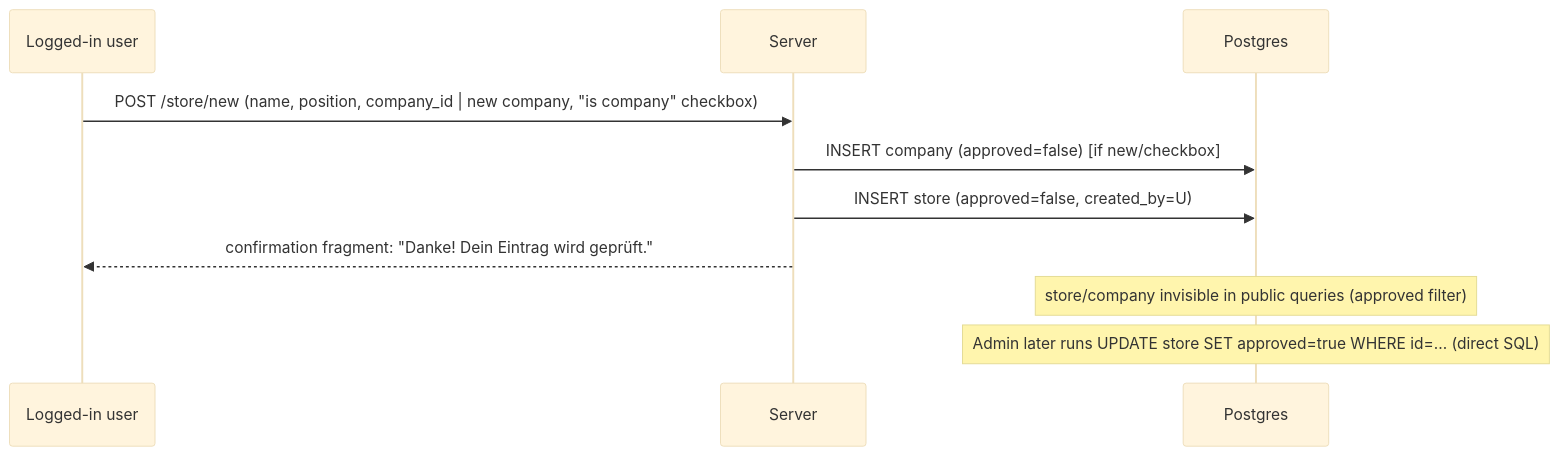
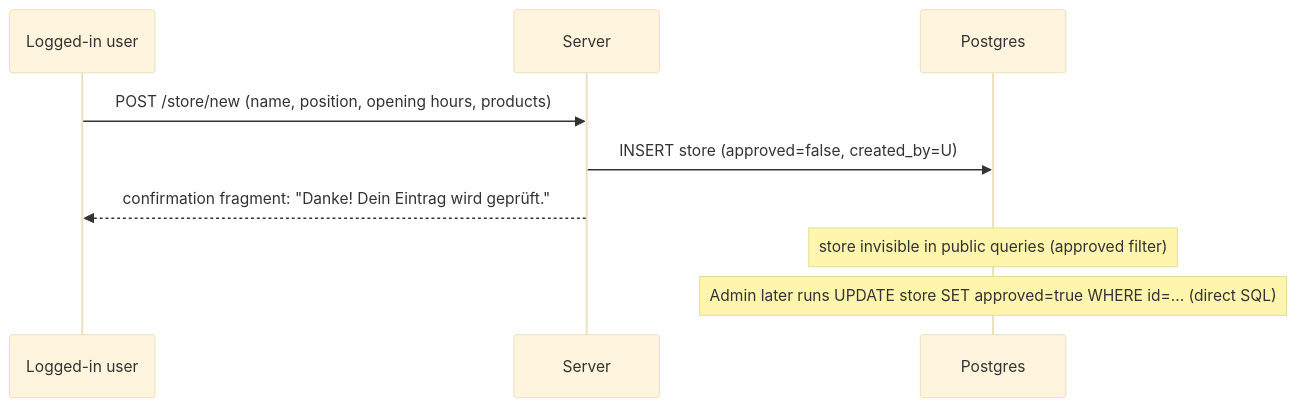
Before and after one commit to whati001/bauernkarte: the third of 3 diagrams in design.md, drawn with Mermaid (base theme). The commit also changed other lines of this file and 63 other files, not shown here.

First line of the commit message:
refactor: remove company layer and make images per-store

````diff
--- a/design.md
+++ b/design.md
@@ -343,12 +328,11 @@
 ```mermaid
 sequenceDiagram
     participant U as Logged-in user
     participant S as Server
     participant DB as Postgres
-    U->>S: POST /store/new (name, position, company_id | new company, "is company" checkbox)
-    S->>DB: INSERT company (approved=false) [if new/checkbox]
+    U->>S: POST /store/new (name, position, opening hours, products)
     S->>DB: INSERT store (approved=false, created_by=U)
     S-->>U: confirmation fragment: "Danke! Dein Eintrag wird geprüft."
-    Note over DB: store/company invisible in public queries (approved filter)
+    Note over DB: store invisible in public queries (approved filter)
     Note over DB: Admin later runs UPDATE store SET approved=true WHERE id=... (direct SQL)
 ```
````
